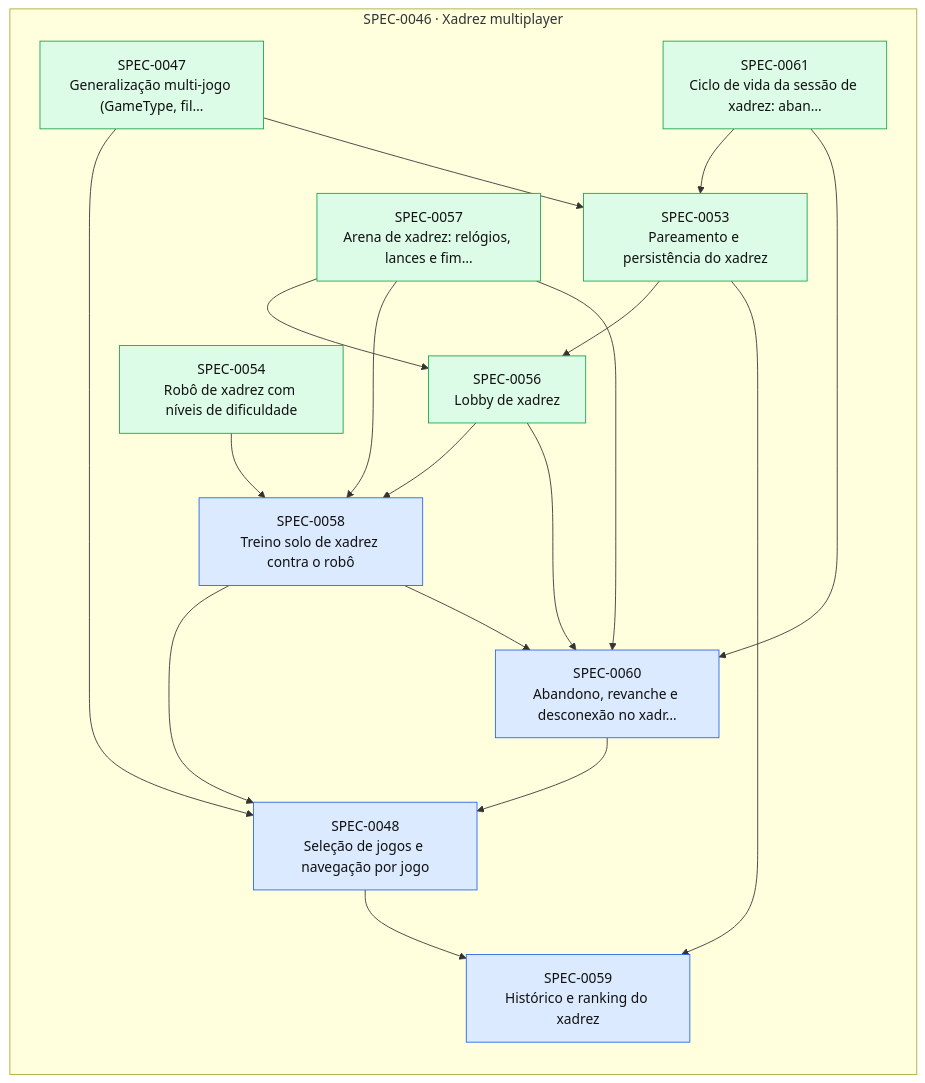
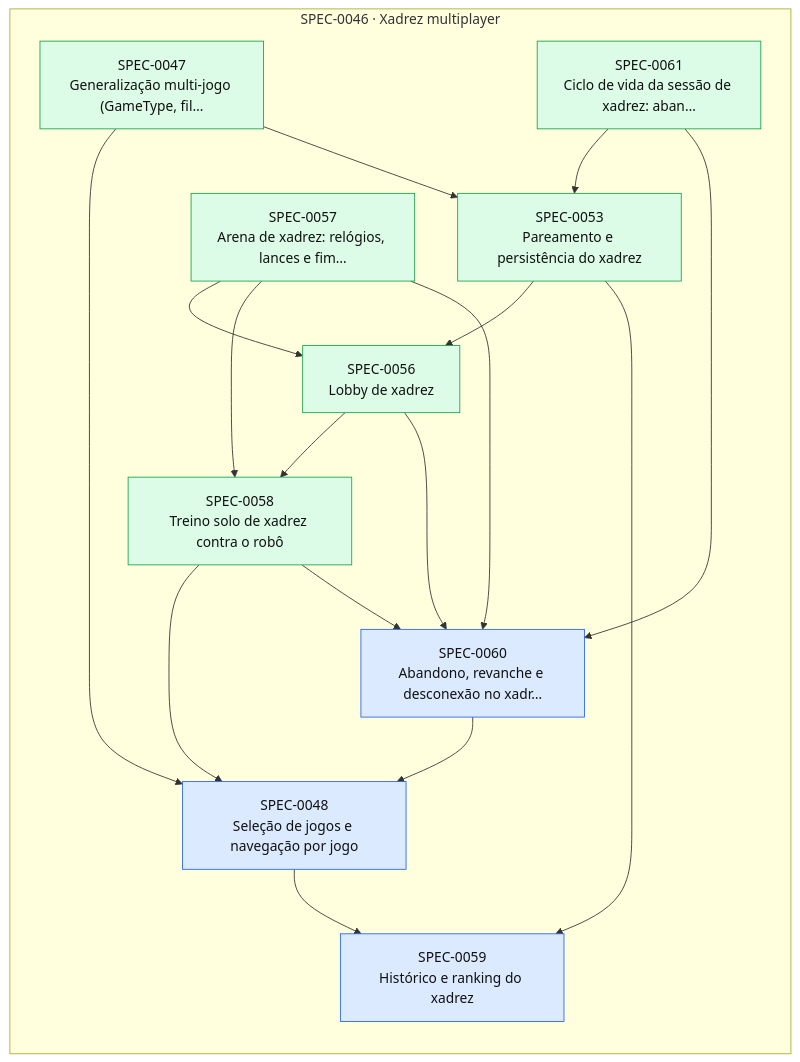
One commit to thomasravache/jogo-da-velha-multiplayer changed the diagram in docs/specs/INDEX.md. Above: the diagram before and after it, drawn with Mermaid. The commit also changed other lines of this file and 2 other files, not shown here.

First line of the commit message:
docs(specs): fechar SPEC-0058 (relatório de entrega e CHANGELOG)

````diff
--- a/docs/specs/INDEX.md
+++ b/docs/specs/INDEX.md
@@ -40,36 +39,34 @@
 ```mermaid
 flowchart LR
   subgraph E0046["SPEC-0046 · Xadrez multiplayer"]
     S0047["SPEC-0047<br/>Generalização multi-jogo (GameType, fil…"]:::implemented
     S0048["SPEC-0048<br/>Seleção de jogos e navegação por jogo"]:::approved
     S0053["SPEC-0053<br/>Pareamento e persistência do xadrez"]:::implemented
-    S0054["SPEC-0054<br/>Robô de xadrez com níveis de dificuldade"]:::implemented
     S0056["SPEC-0056<br/>Lobby de xadrez"]:::implemented
     S0057["SPEC-0057<br/>Arena de xadrez: relógios, lances e fim…"]:::implemented
-    S0058["SPEC-0058<br/>Treino solo de xadrez contra o robô"]:::approved
+    S0058["SPEC-0058<br/>Treino solo de xadrez contra o robô"]:::implemented
     S0059["SPEC-0059<br/>Histórico e ranking do xadrez"]:::approved
     S0060["SPEC-0060<br/>Abandono, revanche e desconexão no xadr…"]:::approved
     S0061["SPEC-0061<br/>Ciclo de vida da sessão de xadrez: aban…"]:::implemented
   end
   S0047 --> S0048
   S0058 --> S0048
   S0060 --> S0048
   S0047 --> S0053
   S0061 --> S0053
   S0053 --> S0056
   S0057 --> S0056
-  S0054 --> S0058
   S0056 --> S0058
   S0057 --> S0058
   S0048 --> S0059
   S0053 --> S0059
   S0056 --> S0060
   S0057 --> S0060
   S0058 --> S0060
   S0061 --> S0060
   classDef proposed fill:#fef3c7,stroke:#d97706,color:#111
   classDef approved fill:#dbeafe,stroke:#2563eb,color:#111
   classDef inprogress fill:#ede9fe,stroke:#7c3aed,color:#111
   classDef implemented fill:#dcfce7,stroke:#16a34a,color:#111
   classDef deprecated fill:#f3f4f6,stroke:#9ca3af,color:#6b7280
 ```
````
